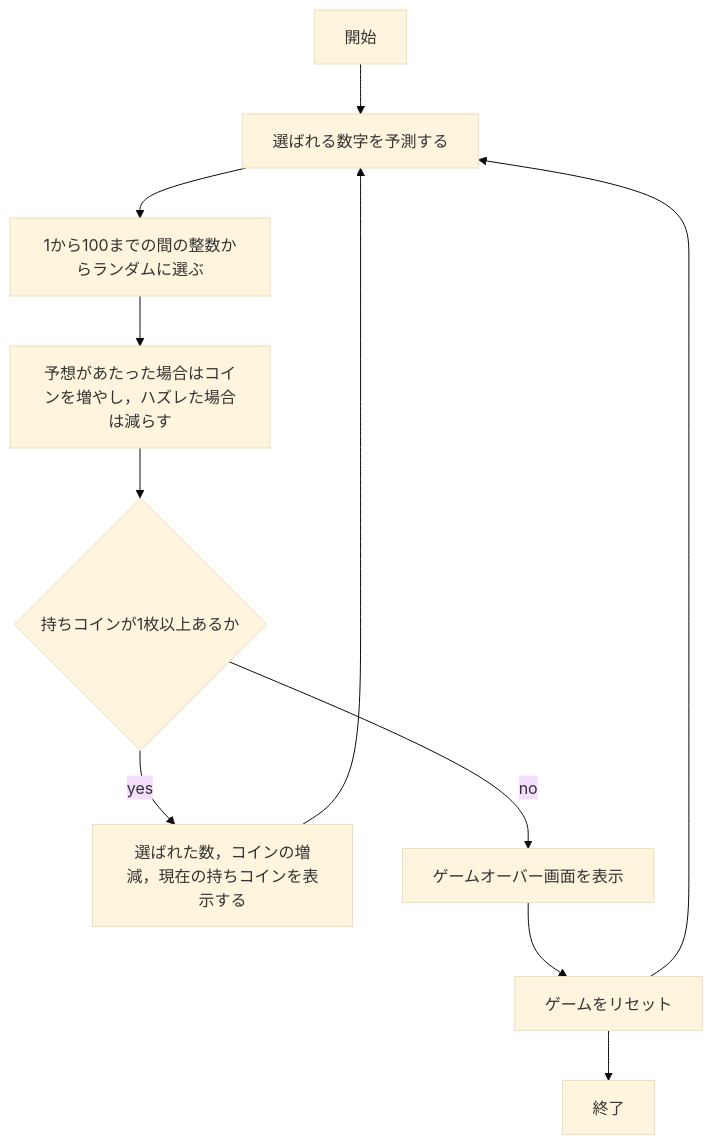
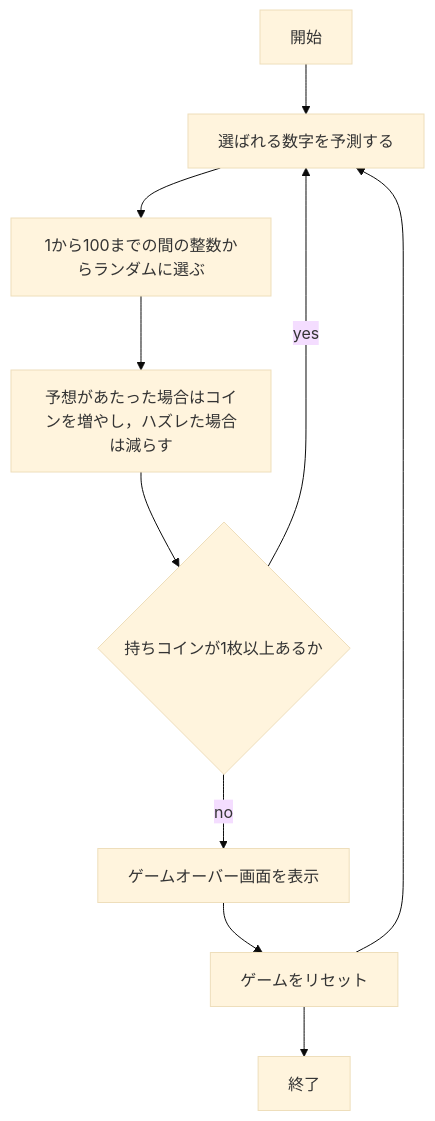
One commit to kanayuu0404/webpro_06 changed the third of 3 diagrams in README.md. Above: the diagram before and after it, drawn with Mermaid (base theme).

Commit message:
ルーレットのフローチャートを修正

````diff
--- a/README.md
+++ b/README.md
@@ -115,24 +115,22 @@
 ```mermaid
 flowchart TD;
 
 start["開始"];
 end1["終了"]
 kake["選ばれる数字を予測する"]
 roulette["1から100までの間の整数からランダムに選ぶ"]
 syori["予想があたった場合はコインを増やし，ハズレた場合は減らす"]
 if{"持ちコインが1枚以上あるか"}
-hyouji["選ばれた数，コインの増減，現在の持ちコインを表示する"]
 over["ゲームオーバー画面を表示"]
 reset["ゲームをリセット"]
 
 start --> kake
 kake --> roulette
 roulette --> syori
 syori --> if
-if --> |yes| hyouji
-hyouji --> kake
+if --> |yes| kake
 if --> |no| over
 over --> reset
 reset --> kake
 reset --> end1
 ```
````
